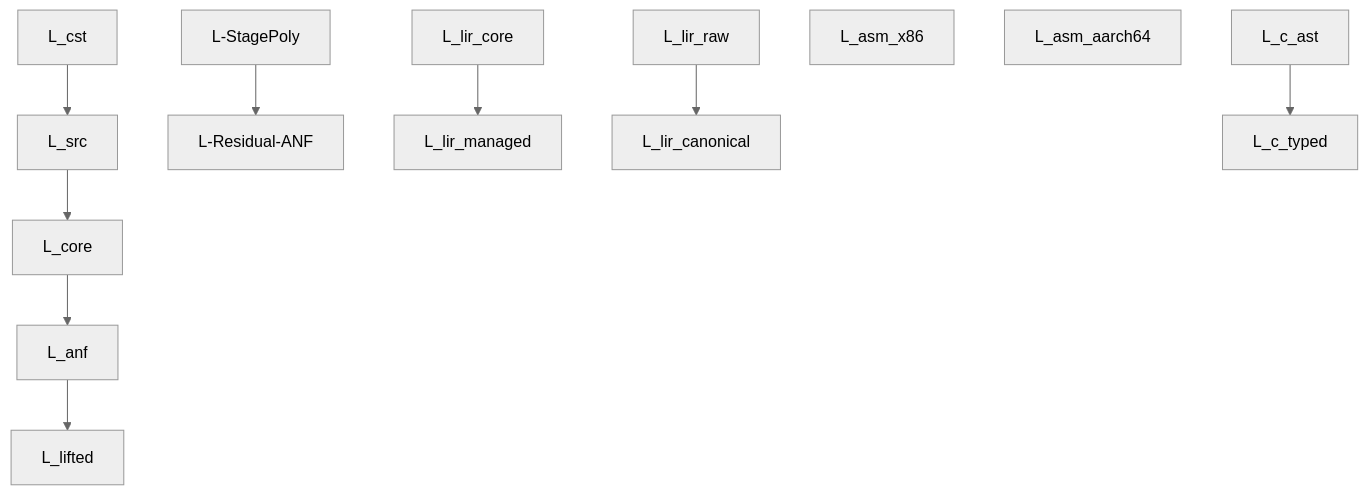
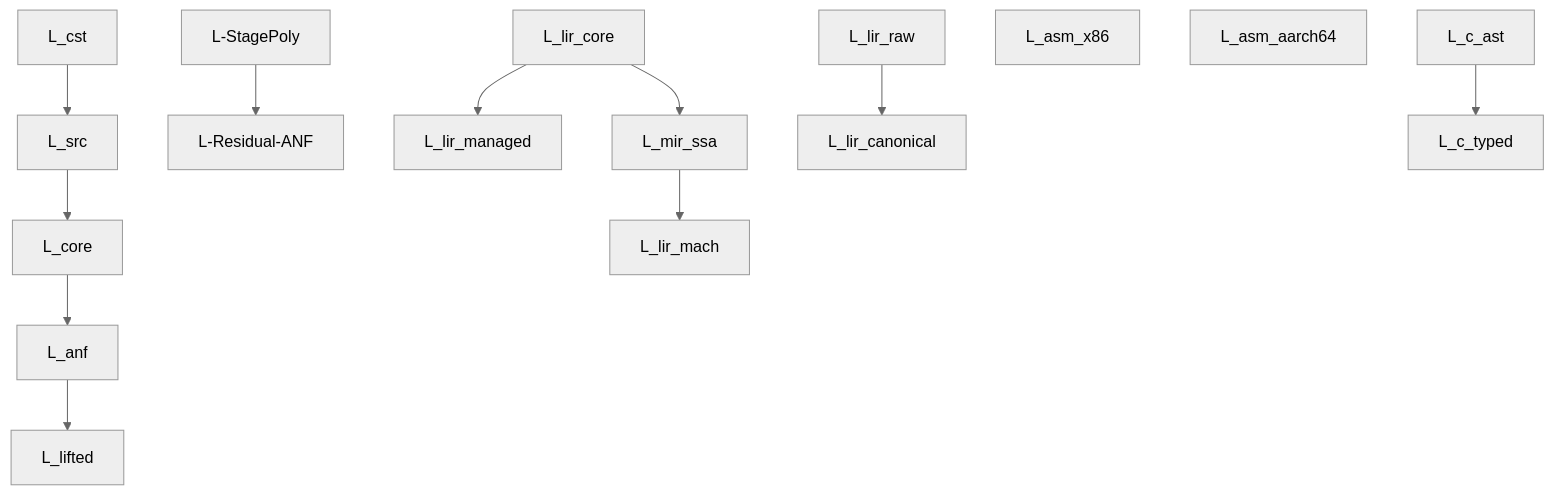
Before and after one commit to rokujyouhitoma/arxiv-security-papers: the diagram in ulisp/docs/spec_nanopass.md, drawn with Mermaid (neutral theme). The commit also changed other lines of this file and 13 other files, not shown here.

````diff
--- a/ulisp/docs/spec_nanopass.md
+++ b/ulisp/docs/spec_nanopass.md
@@ -19,26 +19,30 @@
 ```mermaid
 graph TD
     L_cst["L_cst"]
     L_src["L_src"]
     L_cst --> L_src
     L_core["L_core"]
     L_src --> L_core
     L_anf["L_anf"]
     L_core --> L_anf
     L_lifted["L_lifted"]
     L_anf --> L_lifted
     L-StagePoly["L-StagePoly"]
     L-Residual-ANF["L-Residual-ANF"]
     L-StagePoly --> L-Residual-ANF
     L_lir_core["L_lir_core"]
     L_lir_managed["L_lir_managed"]
     L_lir_core --> L_lir_managed
+    L_mir_ssa["L_mir_ssa"]
+    L_lir_core --> L_mir_ssa
+    L_lir_mach["L_lir_mach"]
+    L_mir_ssa --> L_lir_mach
     L_lir_raw["L_lir_raw"]
     L_lir_canonical["L_lir_canonical"]
     L_lir_raw --> L_lir_canonical
     L_asm_x86["L_asm_x86"]
     L_asm_aarch64["L_asm_aarch64"]
     L_c_ast["L_c_ast"]
     L_c_typed["L_c_typed"]
     L_c_ast --> L_c_typed
 ```
````
